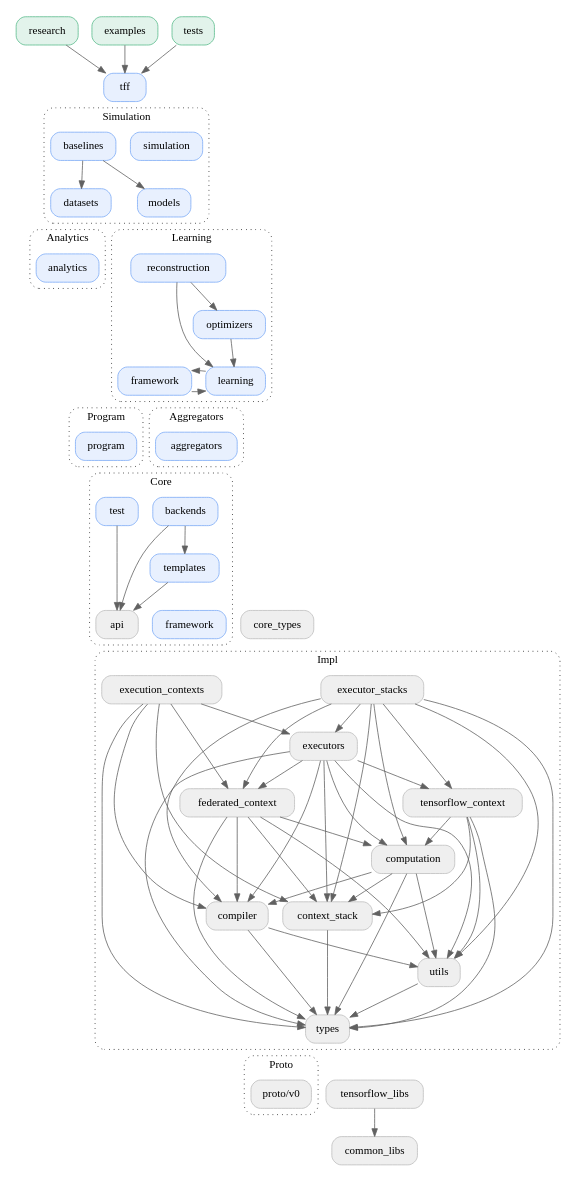
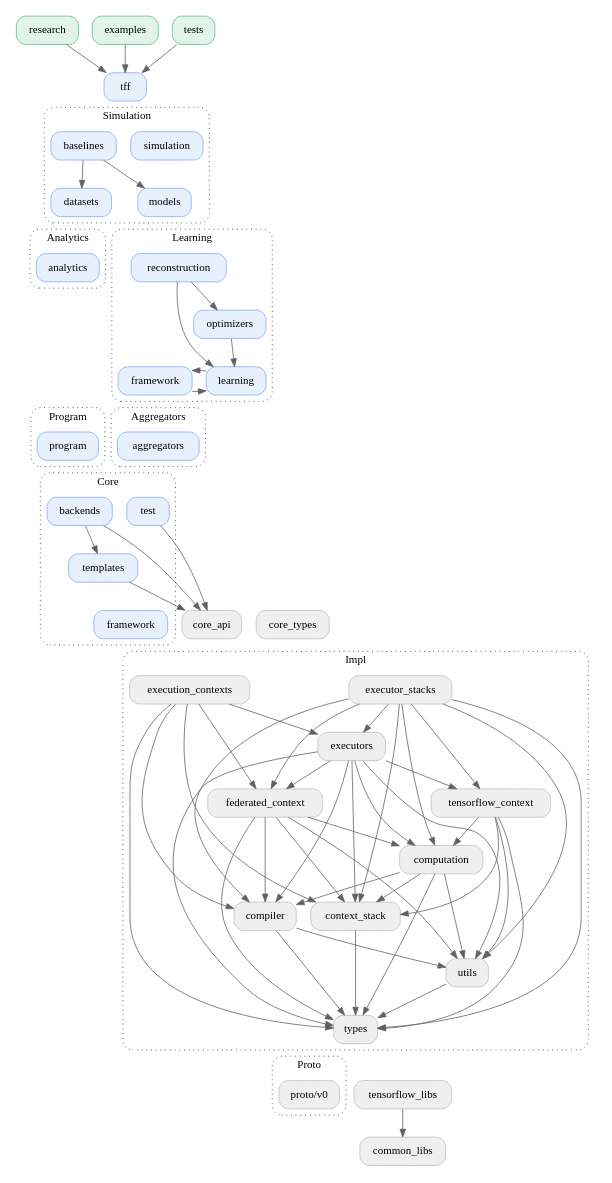
The diagram in docs/design/package_structure.dot (google-parfait/tensorflow-federated), drawn with Graphviz before and after one commit. The commit also changed 7 other files, not shown here.

First line of the commit message:
Delete the `python/core/api` package.

```diff
--- a/docs/design/package_structure.dot
+++ b/docs/design/package_structure.dot
@@ -1,191 +1,190 @@
 digraph {
   graph [style="dotted,rounded", size="9 100"]
   node [shape="box", style="rounded,filled", fillcolor="#efefef", color="#bdbdbd"]
   edge [color="#616161"]
   newrank=true
 
   // Using TFF
   research -> tff
   examples -> tff
   tests -> tff
 
   research [href="https://github.com/google-research/federated/blob/master" target="_parent", fillcolor="#E2F3EB", color="#57BB8A"]
   examples [href="https://github.com/tensorflow/federated/blob/main/tensorflow_federated/examples" target="_parent", fillcolor="#E2F3EB", color="#57BB8A"]
   tests [href="https://github.com/tensorflow/federated/blob/main/tensorflow_federated/python/tests" target="_parent", fillcolor="#E2F3EB", color="#57BB8A"]
 
   // TFF
   tff -> simulation [arrowhead="none", style="invisible"]
   tff -> simulation_baselines [arrowhead="none", style="invisible"]
 
   tff [href="https://github.com/tensorflow/federated/blob/main/tensorflow_federated" target="_parent", fillcolor="#E8F0FE", color="#7BAAF7"]
 
   // Simulation
   simulation_baselines -> simulation_models
   simulation_baselines -> simulation_datasets
 
   simulation_models -> learning_reconstruction [arrowhead="none", style="invisible"]
   simulation_datasets -> analytics [arrowhead="none", style="invisible"]
 
   subgraph cluster_simulation {
     graph [label="Simulation", href="https://github.com/tensorflow/federated/blob/main/tensorflow_federated/python/simulation" target="_parent"]
     simulation_baselines [label="baselines", href="https://github.com/tensorflow/federated/blob/main/tensorflow_federated/python/simulation/baselines" target="_parent", fillcolor="#E8F0FE", color="#7BAAF7"]
     simulation_models [label="models", href="https://github.com/tensorflow/federated/blob/main/tensorflow_federated/python/simulation/models" target="_parent", fillcolor="#E8F0FE", color="#7BAAF7"]
     simulation_datasets [label="datasets", href="https://github.com/tensorflow/federated/blob/main/tensorflow_federated/python/simulation/datasets" target="_parent", fillcolor="#E8F0FE", color="#7BAAF7"]
     simulation [href="https://github.com/tensorflow/federated/blob/main/tensorflow_federated/python/simulation" target="_parent", fillcolor="#E8F0FE", color="#7BAAF7"]
   }
 
   // Learning
   learning_reconstruction -> learning
   learning_reconstruction -> learning_optimizers
   learning_optimizers -> learning
   learning_framework -> learning
   learning_framework -> learning [dir=back]
 
   learning -> aggregators [arrowhead="none", style="invisible"]
   learning -> program [arrowhead="none", style="invisible"]
 
   subgraph cluster_learning {
     graph [label="Learning", href="https://github.com/tensorflow/federated/blob/main/tensorflow_federated/python/learning" target="_parent"]
     learning_reconstruction [label="reconstruction", href="https://github.com/tensorflow/federated/blob/main/tensorflow_federated/python/learning/reconstruction" target="_parent", fillcolor="#E8F0FE", color="#7BAAF7"]
     learning_optimizers [label="optimizers", href="https://github.com/tensorflow/federated/blob/main/tensorflow_federated/python/learning/optimizers" target="_parent", fillcolor="#E8F0FE", color="#7BAAF7"]
     learning_framework [label="framework", href="https://github.com/tensorflow/federated/blob/main/tensorflow_federated/python/learning/framework" target="_parent", fillcolor="#E8F0FE", color="#7BAAF7"]
     learning [href="https://github.com/tensorflow/federated/blob/main/tensorflow_federated/python/learning" target="_parent", fillcolor="#E8F0FE", color="#7BAAF7"]
   }
 
   // Analytics
   analytics -> aggregators [arrowhead="none", style="invisible"]
   analytics -> program [arrowhead="none", style="invisible"]
 
   subgraph cluster_analytics {
     graph [label="Analytics", href="https://github.com/tensorflow/federated/blob/main/tensorflow_federated/python/analytics" target="_parent"]
     analytics [href="https://github.com/tensorflow/federated/blob/main/tensorflow_federated/python/analytics" target="_parent", fillcolor="#E8F0FE", color="#7BAAF7"]
   }
 
   // Aggregators
   aggregators -> core_backends [arrowhead="none", style="invisible"]
   aggregators -> core_test [arrowhead="none", style="invisible"]
 
   subgraph cluster_aggregators {
     graph [label="Aggregators", href="https://github.com/tensorflow/federated/blob/main/tensorflow_federated/python/aggregators" target="_parent"]
     aggregators [href="https://github.com/tensorflow/federated/blob/main/tensorflow_federated/python/aggregators" target="_parent", fillcolor="#E8F0FE", color="#7BAAF7"]
   }
 
   // Program
   program -> core_backends [arrowhead="none", style="invisible"]
   program -> core_test [arrowhead="none", style="invisible"]
 
   subgraph cluster_program {
     graph [label="Program", href="https://github.com/tensorflow/federated/blob/main/tensorflow_federated/python/program" target="_parent"]
     program [href="https://github.com/tensorflow/federated/blob/main/tensorflow_federated/python/program" target="_parent", fillcolor="#E8F0FE", color="#7BAAF7"]
   }
 
   // Core
   core_backends -> core_api
   core_backends -> core_templates
   core_templates -> core_api
   core_test -> core_api
 
   core_api -> core_framework [arrowhead="none", style="invisible"]
   core_framework -> core_types [arrowhead="none", style="invisible"]
   core_types -> impl_executor_stacks [arrowhead="none", style="invisible"]
   core_types -> impl_execution_contexts [arrowhead="none", style="invisible"]
 
   subgraph cluster_core {
     graph [label="Core", href="https://github.com/tensorflow/federated/blob/main/tensorflow_federated/python/core" target="_parent"]
     core_backends [label="backends", href="https://github.com/tensorflow/federated/blob/main/tensorflow_federated/python/core/backends" target="_parent", fillcolor="#E8F0FE", color="#7BAAF7"]
     core_templates [label="templates", href="https://github.com/tensorflow/federated/blob/main/tensorflow_federated/python/core/templates" target="_parent", fillcolor="#E8F0FE", color="#7BAAF7"]
     core_test [label="test", href="https://github.com/tensorflow/federated/blob/main/tensorflow_federated/python/core/test" target="_parent", fillcolor="#E8F0FE", color="#7BAAF7"]
-    core_api [label="api", href="https://github.com/tensorflow/federated/blob/main/tensorflow_federated/python/core/api" target="_parent"]
     core_framework [label="framework", href="https://github.com/tensorflow/federated/blob/main/tensorflow_federated/python/core/framework" target="_parent", fillcolor="#E8F0FE", color="#7BAAF7"]
   }
 
   // Impl
   impl_execution_contexts -> impl_federated_context
   impl_execution_contexts -> impl_types
   impl_execution_contexts -> impl_executors
   impl_execution_contexts -> impl_context_stack
   impl_execution_contexts -> impl_compiler
   //impl_execution_contexts -> impl_executor_stacks [arrowhead="none", style="dotted"]
   impl_executor_stacks -> impl_executors
   impl_executor_stacks -> impl_tensorflow_context
   impl_executor_stacks -> impl_federated_context
   impl_executor_stacks -> impl_computation
   impl_executor_stacks -> impl_compiler
   impl_executor_stacks -> impl_utils
   impl_executor_stacks -> impl_context_stack
   impl_executor_stacks -> impl_types
   impl_executors -> impl_tensorflow_context
   impl_executors -> impl_federated_context
   impl_executors -> impl_computation
   impl_executors -> impl_compiler
   impl_executors -> impl_utils
   impl_executors -> impl_context_stack
   impl_executors -> impl_types
   impl_tensorflow_context -> impl_computation
   impl_tensorflow_context -> impl_utils
   impl_tensorflow_context -> impl_context_stack
   impl_tensorflow_context -> impl_types
   impl_federated_context -> impl_computation
   impl_federated_context -> impl_compiler
   impl_federated_context -> impl_utils
   impl_federated_context -> impl_context_stack
   impl_federated_context -> impl_types
   impl_computation -> impl_compiler
   impl_computation -> impl_utils
   impl_computation -> impl_context_stack
   impl_computation -> impl_types
   impl_compiler -> impl_types
   impl_compiler -> impl_utils
   impl_context_stack -> impl_types
   impl_utils -> impl_types
 
   impl_types -> proto_v0 [arrowhead="none", style="invisible"]
   impl_types -> tensorflow_libs [arrowhead="none", style="invisible"]
 
   subgraph cluster_impl {
     graph [label="Impl", href="https://github.com/tensorflow/federated/blob/main/tensorflow_federated/python/core/impl" target="_parent"]
     impl_execution_contexts [label="execution_contexts", href="https://github.com/tensorflow/federated/blob/main/tensorflow_federated/python/core/impl/execution_contexts" target="_parent"]
     impl_executor_stacks [label="executor_stacks", href="https://github.com/tensorflow/federated/blob/main/tensorflow_federated/python/core/impl/executor_stacks" target="_parent"]
     impl_executors [label="executors", href="https://github.com/tensorflow/federated/blob/main/tensorflow_federated/python/core/impl/executors" target="_parent"]
     impl_tensorflow_context [label="tensorflow_context", href="https://github.com/tensorflow/federated/blob/main/tensorflow_federated/python/core/impl/tensorflow_context" target="_parent"]
     impl_federated_context [label="federated_context", href="https://github.com/tensorflow/federated/blob/main/tensorflow_federated/python/core/impl/federated_context" target="_parent"]
     impl_computation [label="computation", href="https://github.com/tensorflow/federated/blob/main/tensorflow_federated/python/core/impl/computation" target="_parent"]
     impl_compiler [label="compiler", href="https://github.com/tensorflow/federated/blob/main/tensorflow_federated/python/core/impl/compiler" target="_parent"]
     impl_context_stack [label="context_stack", href="https://github.com/tensorflow/federated/blob/main/tensorflow_federated/python/core/impl/context_stack" target="_parent"]
     impl_utils [label="utils", href="https://github.com/tensorflow/federated/blob/main/tensorflow_federated/python/core/impl/utils" target="_parent"]
     impl_types [label="types", href="https://github.com/tensorflow/federated/blob/main/tensorflow_federated/python/core/impl/types" target="_parent"]
   }
 
   // Proto
   subgraph cluster_proto {
     graph [label="Proto", href="https://github.com/tensorflow/federated/blob/main/tensorflow_federated/proto" target="_parent"]
     proto_v0 [label="proto/v0" href="https://github.com/tensorflow/federated/blob/main/tensorflow_federated/proto/v0" target="_parent"]
   }
 
   // Other
   tensorflow_libs [href="https://github.com/tensorflow/federated/blob/main/tensorflow_federated/python/tensorflow_libs" target="_parent"]
   common_libs [href="https://github.com/tensorflow/federated/blob/main/tensorflow_federated/python/common_libs" target="_parent"]
   tensorflow_libs -> common_libs
 
   // Layout
   {rank=same; examples, tests, research}
   {rank=same; tff}
   {rank=same; simulation, simulation_baselines}
   {rank=same; simulation_models, simulation_datasets}
   {rank=same; learning_reconstruction, analytics}
   {rank=same; learning_optimizers}
   {rank=same; learning, learning_framework}
   {rank=same; aggregators}
   {rank=same; core_backends, core_test}
   {rank=same; core_templates}
   {rank=same; core_api, core_framework, core_types}
   {rank=same; impl_execution_contexts, impl_executor_stacks}
   {rank=same; impl_executors}
   {rank=same; impl_tensorflow_context, impl_federated_context}
   {rank=same; impl_computation}
   {rank=same; impl_compiler, impl_context_stack}
   {rank=same; impl_utils}
   {rank=same; impl_types}
   {rank=same; proto_v0, tensorflow_libs}
   {rank=same; common_libs}
 }
```
